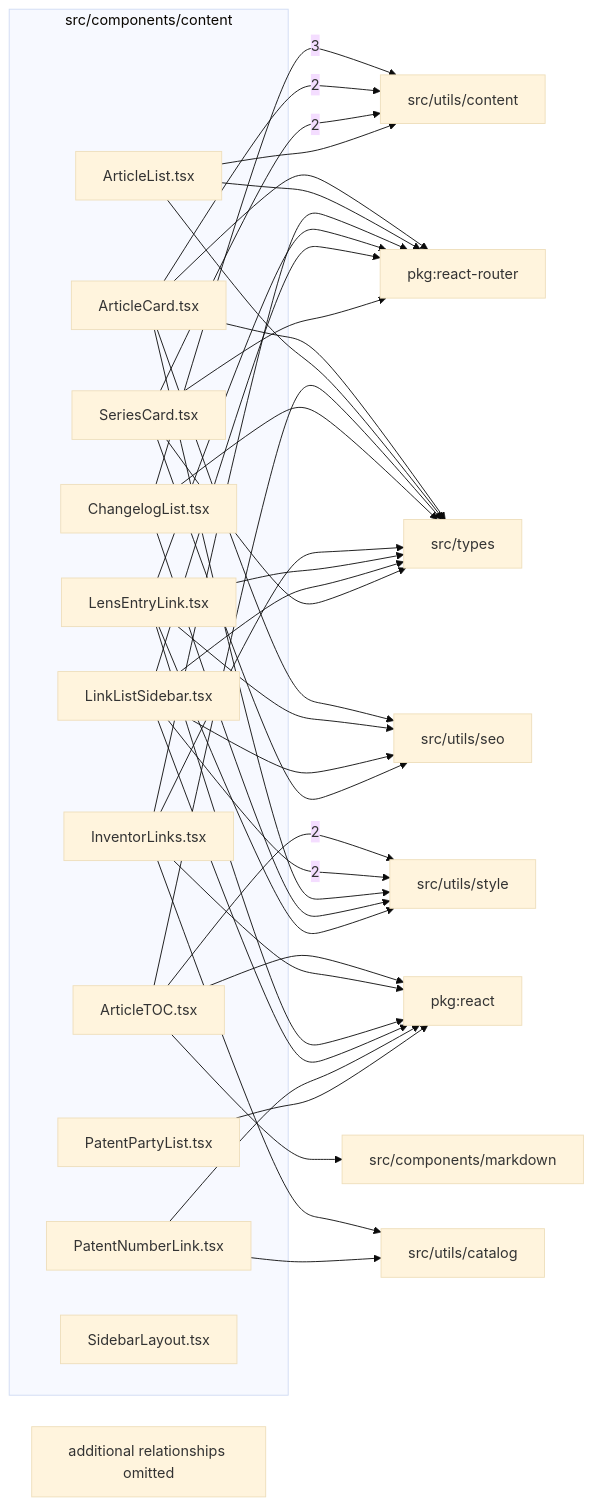
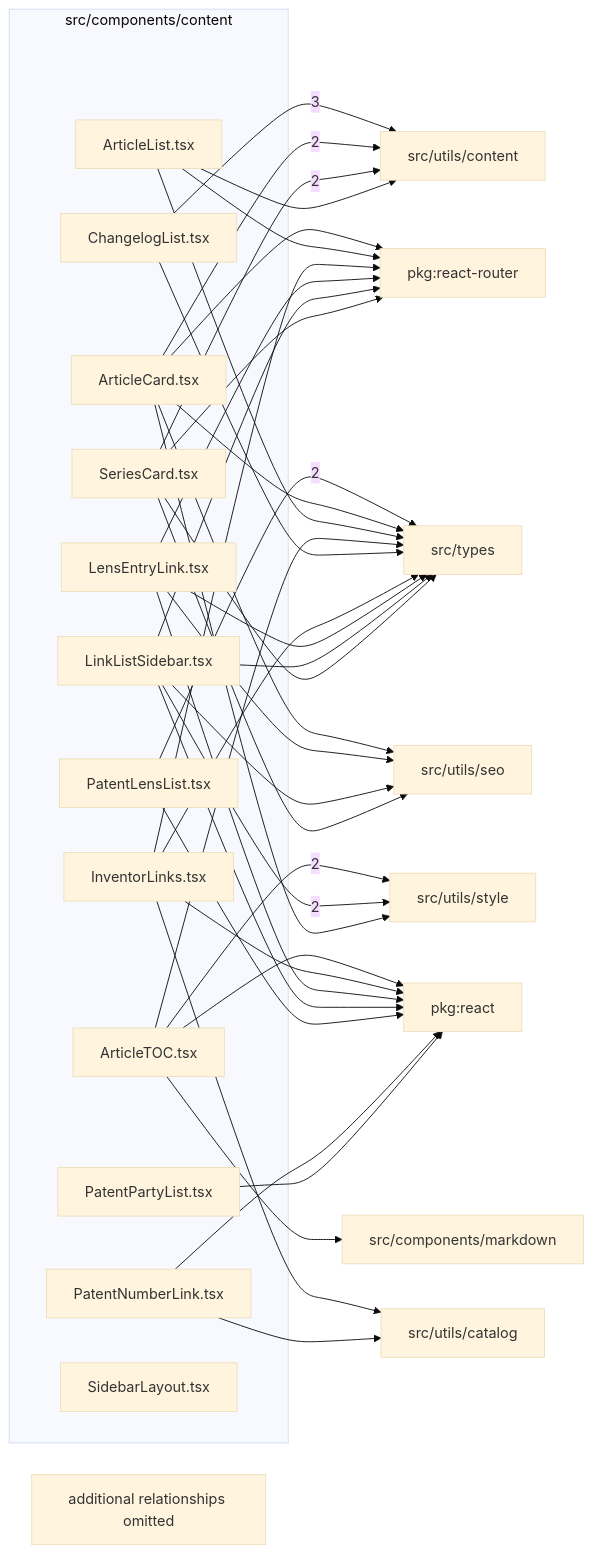
Before and after one commit to ronbuening/LensVisualizer: the diagram in src/components/content/readme.md, drawn with Mermaid (base theme). The commit also changed other lines of this file and 8 other files, not shown here.

First line of the commit message:
Share the patent lens list across the patent, inventor and map pages

````diff
--- a/src/components/content/readme.md
+++ b/src/components/content/readme.md
@@ -9,61 +9,62 @@
 ```mermaid
 flowchart LR
   subgraph n_src_components_content["src/components/content"]
     n_src_components_content_src_components_content_ArticleCard_tsx["ArticleCard.tsx"]
     n_src_components_content_src_components_content_ArticleList_tsx["ArticleList.tsx"]
     n_src_components_content_src_components_content_ArticleTOC_tsx["ArticleTOC.tsx"]
     n_src_components_content_src_components_content_ChangelogList_tsx["ChangelogList.tsx"]
     n_src_components_content_src_components_content_InventorLinks_tsx["InventorLinks.tsx"]
     n_src_components_content_src_components_content_LensEntryLink_tsx["LensEntryLink.tsx"]
     n_src_components_content_src_components_content_LinkListSidebar_tsx["LinkListSidebar.tsx"]
+    n_src_components_content_src_components_content_PatentLensList_tsx["PatentLensList.tsx"]
     n_src_components_content_src_components_content_PatentNumberLink_tsx["PatentNumberLink.tsx"]
     n_src_components_content_src_components_content_PatentPartyList_tsx["PatentPartyList.tsx"]
     n_src_components_content_src_components_content_SeriesCard_tsx["SeriesCard.tsx"]
     n_src_components_content_src_components_content_SidebarLayout_tsx["SidebarLayout.tsx"]
   end
   n_external_src_utils_content["src/utils/content"]
+  n_external_src_types["src/types"]
   n_external_src_utils_style["src/utils/style"]
   n_external_pkg_react["pkg:react"]
   n_external_pkg_react_router["pkg:react-router"]
   n_external_src_components_markdown["src/components/markdown"]
-  n_external_src_types["src/types"]
   n_external_src_utils_catalog["src/utils/catalog"]
   n_external_src_utils_seo["src/utils/seo"]
   n_src_components_content_src_components_content_ChangelogList_tsx --> |3| n_external_src_utils_content
+  n_src_components_content_src_components_content_PatentLensList_tsx --> |2| n_external_src_types
   n_src_components_content_src_components_content_ArticleCard_tsx --> |2| n_external_src_utils_content
   n_src_components_content_src_components_content_SeriesCard_tsx --> |2| n_external_src_utils_content
   n_src_components_content_src_components_content_ArticleTOC_tsx --> |2| n_external_src_utils_style
   n_src_components_content_src_components_content_LinkListSidebar_tsx --> |2| n_external_src_utils_style
   n_src_components_content_src_components_content_ArticleTOC_tsx --> n_external_pkg_react
   n_src_components_content_src_components_content_InventorLinks_tsx --> n_external_pkg_react
   n_src_components_content_src_components_content_LensEntryLink_tsx --> n_external_pkg_react
   n_src_components_content_src_components_content_LinkListSidebar_tsx --> n_external_pkg_react
+  n_src_components_content_src_components_content_PatentLensList_tsx --> n_external_pkg_react
   n_src_components_content_src_components_content_PatentNumberLink_tsx --> n_external_pkg_react
   n_src_components_content_src_components_content_PatentPartyList_tsx --> n_external_pkg_react
   n_src_components_content_src_components_content_ArticleCard_tsx --> n_external_pkg_react_router
   n_src_components_content_src_components_content_ArticleList_tsx --> n_external_pkg_react_router
   n_src_components_content_src_components_content_InventorLinks_tsx --> n_external_pkg_react_router
   n_src_components_content_src_components_content_LensEntryLink_tsx --> n_external_pkg_react_router
   n_src_components_content_src_components_content_LinkListSidebar_tsx --> n_external_pkg_react_router
   n_src_components_content_src_components_content_SeriesCard_tsx --> n_external_pkg_react_router
   n_src_components_content_src_components_content_ArticleTOC_tsx --> n_external_src_components_markdown
   n_src_components_content_src_components_content_ArticleCard_tsx --> n_external_src_types
   n_src_components_content_src_components_content_ArticleList_tsx --> n_external_src_types
   n_src_components_content_src_components_content_ArticleTOC_tsx --> n_external_src_types
   n_src_components_content_src_components_content_ChangelogList_tsx --> n_external_src_types
   n_src_components_content_src_components_content_InventorLinks_tsx --> n_external_src_types
   n_src_components_content_src_components_content_LensEntryLink_tsx --> n_external_src_types
   n_src_components_content_src_components_content_LinkListSidebar_tsx --> n_external_src_types
   n_src_components_content_src_components_content_SeriesCard_tsx --> n_external_src_types
   n_src_components_content_src_components_content_InventorLinks_tsx --> n_external_src_utils_catalog
   n_src_components_content_src_components_content_PatentNumberLink_tsx --> n_external_src_utils_catalog
   n_src_components_content_src_components_content_ArticleList_tsx --> n_external_src_utils_content
   n_src_components_content_src_components_content_ArticleCard_tsx --> n_external_src_utils_seo
   n_src_components_content_src_components_content_LensEntryLink_tsx --> n_external_src_utils_seo
   n_src_components_content_src_components_content_LinkListSidebar_tsx --> n_external_src_utils_seo
   n_src_components_content_src_components_content_SeriesCard_tsx --> n_external_src_utils_seo
   n_src_components_content_src_components_content_ArticleCard_tsx --> n_external_src_utils_style
-  n_src_components_content_src_components_content_ChangelogList_tsx --> n_external_src_utils_style
-  n_src_components_content_src_components_content_LensEntryLink_tsx --> n_external_src_utils_style
   n_src_components_content_truncated["additional relationships omitted"]
 ```
````
